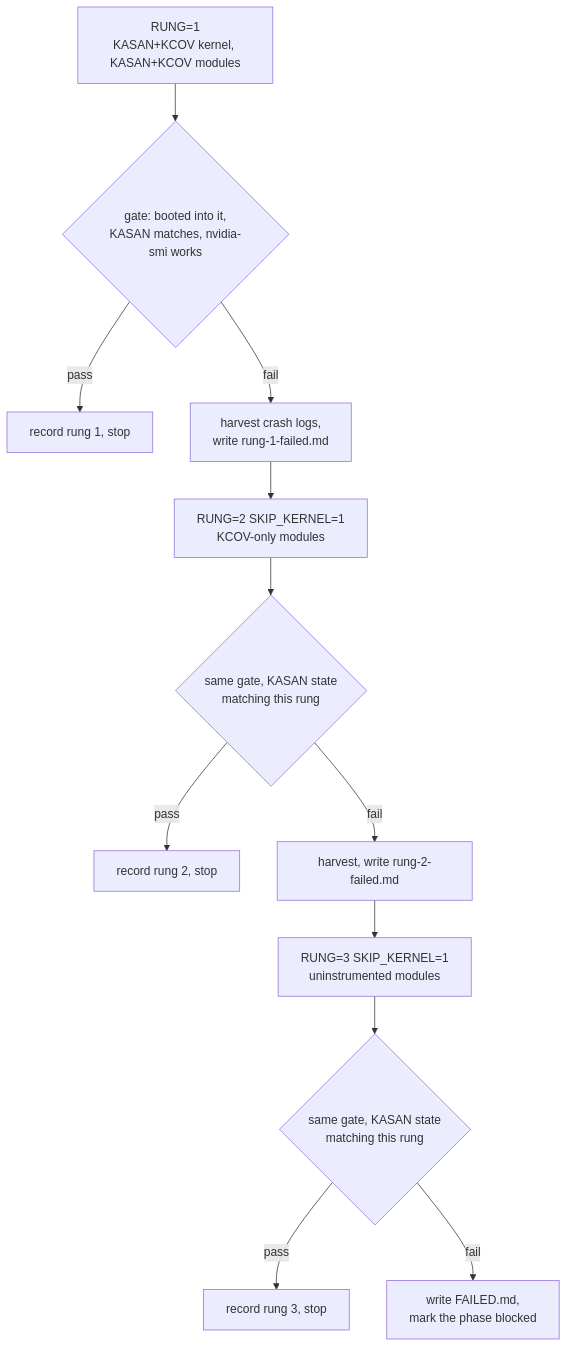
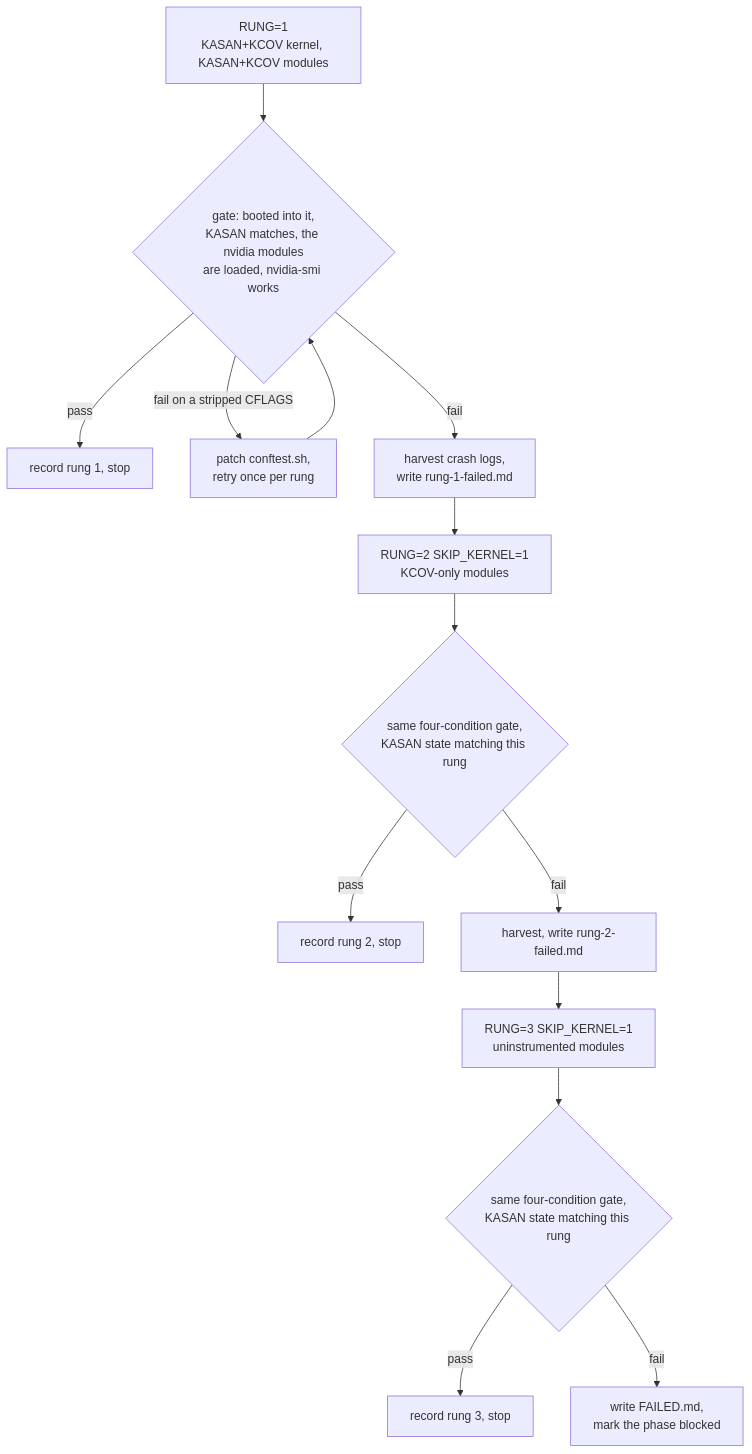
Before and after one commit to Indspl0it/gspwn: the tenth of 11 diagrams in docs/src/content/docs/architecture/loops.md, drawn with Mermaid. The commit also changed other lines of this file and 15 other files, not shown here.

First line of the commit message:
Rewrite the Architecture pages against source

````diff
--- a/docs/src/content/docs/architecture/loops.md
+++ b/docs/src/content/docs/architecture/loops.md
@@ -402,14 +417,16 @@
 ```mermaid
 flowchart TB
-  R1["RUNG=1<br/>KASAN+KCOV kernel, KASAN+KCOV modules"] --> G1{"gate: booted into it,<br/>KASAN matches, nvidia-smi works"}
+  R1["RUNG=1<br/>KASAN+KCOV kernel, KASAN+KCOV modules"] --> G1{"gate: booted into it,<br/>KASAN matches, the nvidia modules<br/>are loaded, nvidia-smi works"}
   G1 -->|pass| DONE1["record rung 1, stop"]
+  G1 -->|"fail on a stripped CFLAGS"| RETRY["patch conftest.sh,<br/>retry once per rung"]
+  RETRY --> G1
   G1 -->|fail| H1["harvest crash logs,<br/>write rung-1-failed.md"]
   H1 --> R2["RUNG=2 SKIP_KERNEL=1<br/>KCOV-only modules"]
-  R2 --> G2{"same gate, KASAN state<br/>matching this rung"}
+  R2 --> G2{"same four-condition gate,<br/>KASAN state matching this rung"}
   G2 -->|pass| DONE2["record rung 2, stop"]
   G2 -->|fail| H2["harvest, write rung-2-failed.md"]
   H2 --> R3["RUNG=3 SKIP_KERNEL=1<br/>uninstrumented modules"]
-  R3 --> G3{"same gate, KASAN state<br/>matching this rung"}
+  R3 --> G3{"same four-condition gate,<br/>KASAN state matching this rung"}
   G3 -->|pass| DONE3["record rung 3, stop"]
   G3 -->|fail| BLOCK["write FAILED.md,<br/>mark the phase blocked"]
 ```
````
